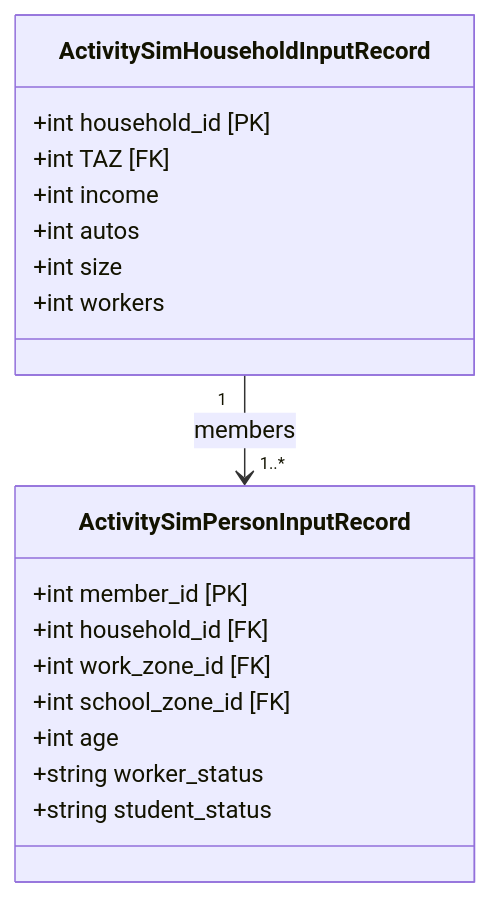
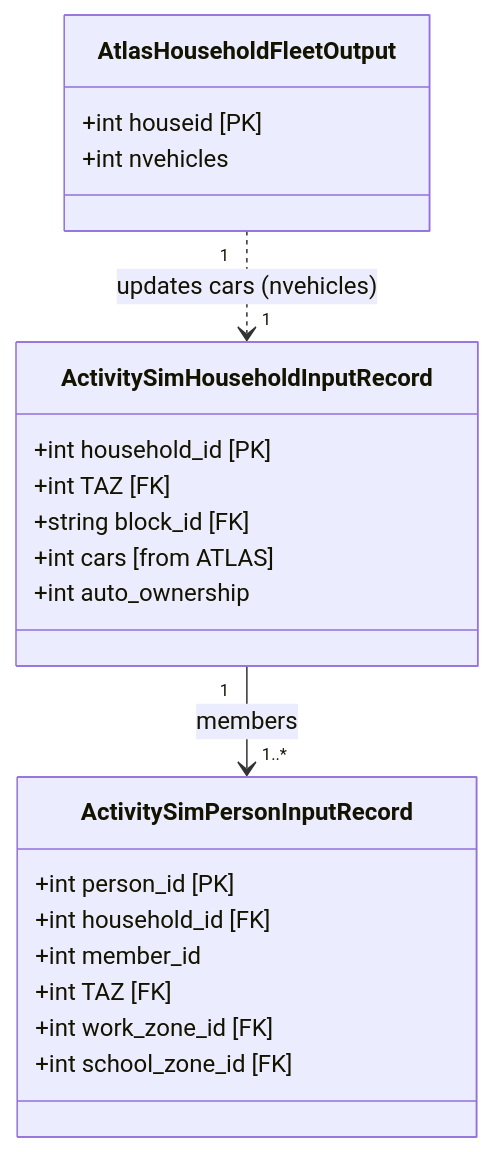
Before and after one commit to LBNL-UCB-STI/synergy-schema: the seventh of 8 diagrams in docs/cross-model-mappings/deliverable_1_uml.md, drawn with Mermaid. The commit also changed other lines of this file and 8 other files, not shown here.

Commit message:
feat: represent ATLAS vehicle count updates to ActivitySim household input

````diff
--- a/docs/cross-model-mappings/deliverable_1_uml.md
+++ b/docs/cross-model-mappings/deliverable_1_uml.md
@@ -361,21 +363,24 @@
 ```mermaid
 classDiagram
     class ActivitySimHouseholdInputRecord {
         +int household_id [PK]
         +int TAZ [FK]
-        +int income
-        +int autos
-        +int size
-        +int workers
+        +string block_id [FK]
+        +int cars [from ATLAS]
+        +int auto_ownership
     }
     class ActivitySimPersonInputRecord {
-        +int member_id [PK]
+        +int person_id [PK]
         +int household_id [FK]
+        +int member_id
+        +int TAZ [FK]
         +int work_zone_id [FK]
         +int school_zone_id [FK]
-        +int age
-        +string worker_status
-        +string student_status
+    }
+    class AtlasHouseholdFleetOutput {
+        +int houseid [PK]
+        +int nvehicles
     }
     ActivitySimHouseholdInputRecord "1" --> "1..*" ActivitySimPersonInputRecord : members
+    AtlasHouseholdFleetOutput "1" ..> "1" ActivitySimHouseholdInputRecord : updates cars (nvehicles)
 ```
````
